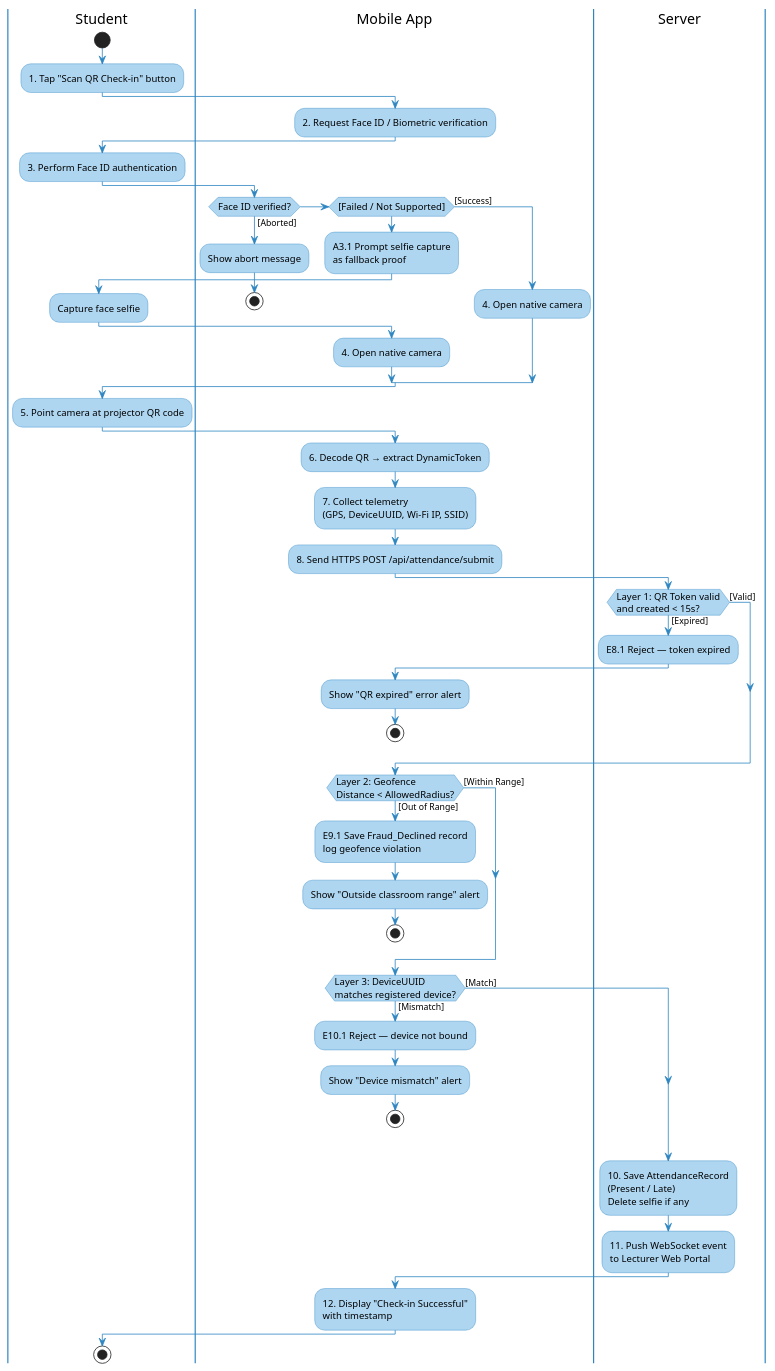
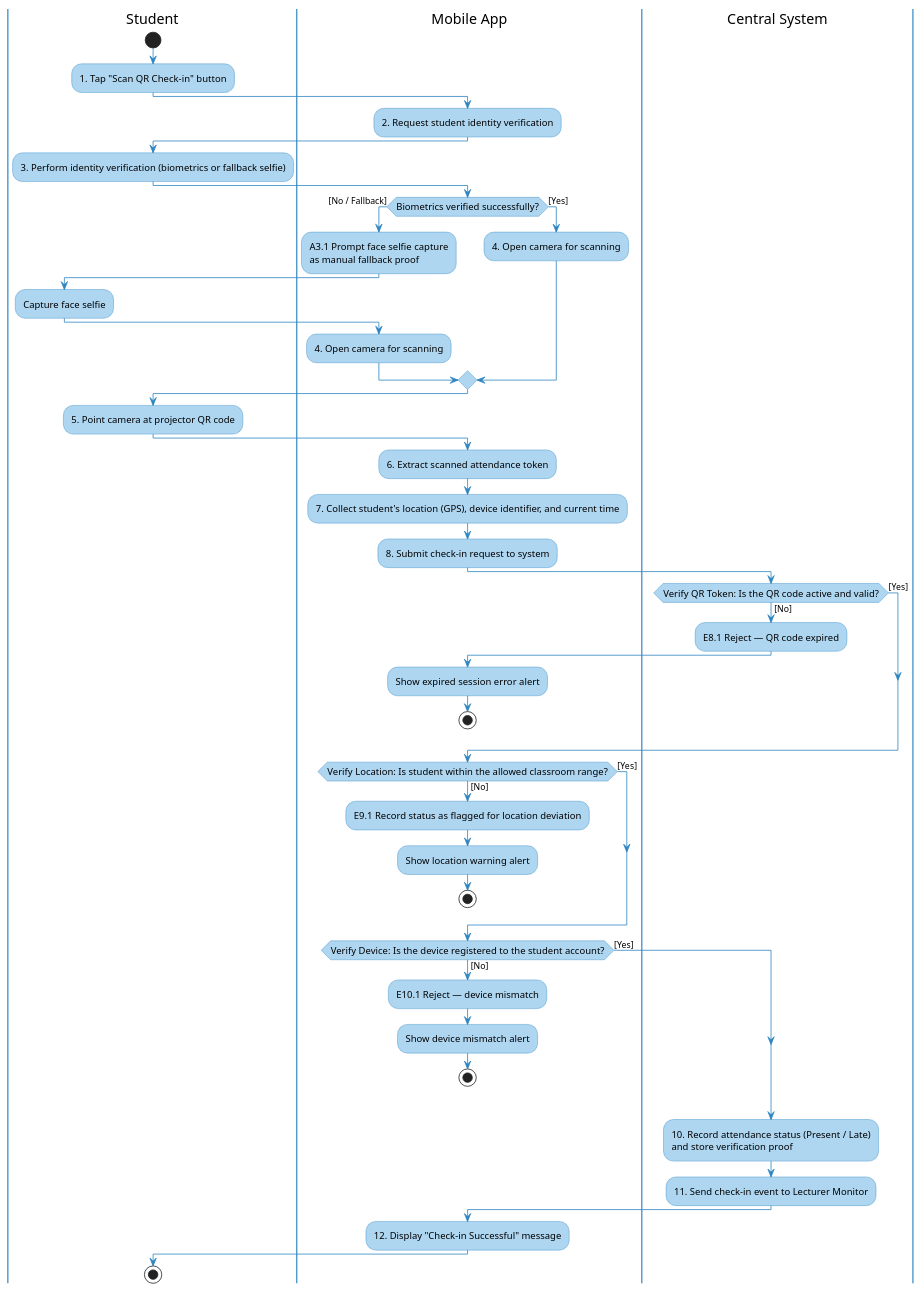
One commit to nttung42/SWD392 changed the third of 5 diagrams in MainDocs/AFAS_RDS_Document_Part1A_Requirement_Specification.md. Above: the diagram before and after it, drawn with PlantUML. The commit also changed other lines of this file, not shown here.

Commit message:
edit activity diagram

````diff
--- a/MainDocs/AFAS_RDS_Document_Part1A_Requirement_Specification.md
+++ b/MainDocs/AFAS_RDS_Document_Part1A_Requirement_Specification.md
@@ -606,79 +607,76 @@
 ```plantuml
 @startuml UC03_Activity_Swimlane
 skinparam ActivityBackgroundColor #AED6F1
 skinparam ActivityBorderColor #2E86C1
 skinparam ActivityDiamondBackgroundColor #AED6F1
 skinparam ActivityDiamondBorderColor #2E86C1
 skinparam ArrowColor #2E86C1
 skinparam ActivityFontSize 12
 skinparam swimlaneBorderColor #2E86C1
 skinparam swimlaneHeaderFontStyle bold
 
 |Student|
 start
 :1. Tap "Scan QR Check-in" button;
 
 |Mobile App|
-:2. Request Face ID / Biometric verification;
+:2. Request student identity verification;
 
 |Student|
-:3. Perform Face ID authentication;
+:3. Perform identity verification (biometrics or fallback selfie);
 
 |Mobile App|
-if (Face ID verified?) then ([Aborted])
-  :Show abort message;
-  stop
-elseif ([Failed / Not Supported]) then
-  :A3.1 Prompt selfie capture\nas fallback proof;
+if (Biometrics verified successfully?) then ([No / Fallback])
+  :A3.1 Prompt face selfie capture\nas manual fallback proof;
   |Student|
   :Capture face selfie;
   |Mobile App|
-  :4. Open native camera;
-else ([Success])
-  :4. Open native camera;
+  :4. Open camera for scanning;
+else ([Yes])
+  :4. Open camera for scanning;
 endif
 
 |Student|
 :5. Point camera at projector QR code;
 
 |Mobile App|
-:6. Decode QR → extract DynamicToken;
-:7. Collect telemetry\n(GPS, DeviceUUID, Wi-Fi IP, SSID);
-:8. Send HTTPS POST /api/attendance/submit;
+:6. Extract scanned attendance token;
+:7. Collect student's location (GPS), device identifier, and current time;
+:8. Submit check-in request to system;
 
-|Server|
-if (Layer 1: QR Token valid\nand created < 15s?) then ([Expired])
-  :E8.1 Reject — token expired;
+|Central System|
+if (Verify QR Token: Is the QR code active and valid?) then ([No])
+  :E8.1 Reject — QR code expired;
   |Mobile App|
-  :Show "QR expired" error alert;
+  :Show expired session error alert;
   stop
-else ([Valid])
+else ([Yes])
 endif
 
-if (Layer 2: Geofence\nDistance < AllowedRadius?) then ([Out of Range])
-  :E9.1 Save Fraud_Declined record\nlog geofence violation;
+if (Verify Location: Is student within the allowed classroom range?) then ([No])
+  :E9.1 Record status as flagged for location deviation;
   |Mobile App|
-  :Show "Outside classroom range" alert;
+  :Show location warning alert;
   stop
-else ([Within Range])
+else ([Yes])
 endif
 
-if (Layer 3: DeviceUUID\nmatches registered device?) then ([Mismatch])
-  :E10.1 Reject — device not bound;
+if (Verify Device: Is the device registered to the student account?) then ([No])
+  :E10.1 Reject — device mismatch;
   |Mobile App|
-  :Show "Device mismatch" alert;
+  :Show device mismatch alert;
   stop
-else ([Match])
+else ([Yes])
 endif
 
-|Server|
-:10. Save AttendanceRecord\n(Present / Late)\nDelete selfie if any;
-:11. Push WebSocket event\nto Lecturer Web Portal;
+|Central System|
+:10. Record attendance status (Present / Late)\nand store verification proof;
+:11. Send check-in event to Lecturer Monitor;
 
 |Mobile App|
-:12. Display "Check-in Successful"\nwith timestamp;
+:12. Display "Check-in Successful" message;
 
 |Student|
 stop
 @enduml
 ```
````
